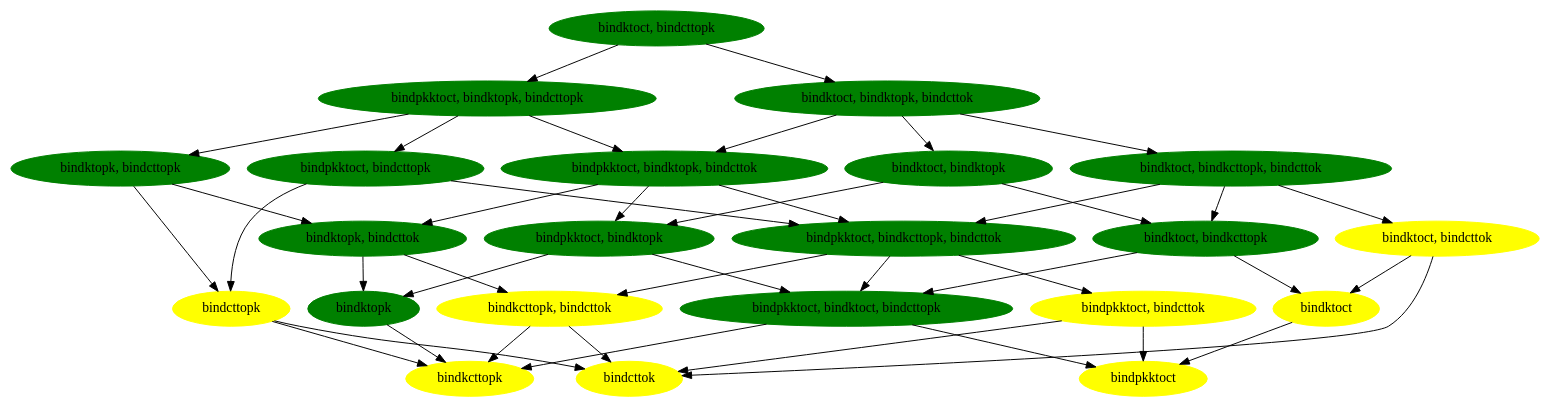
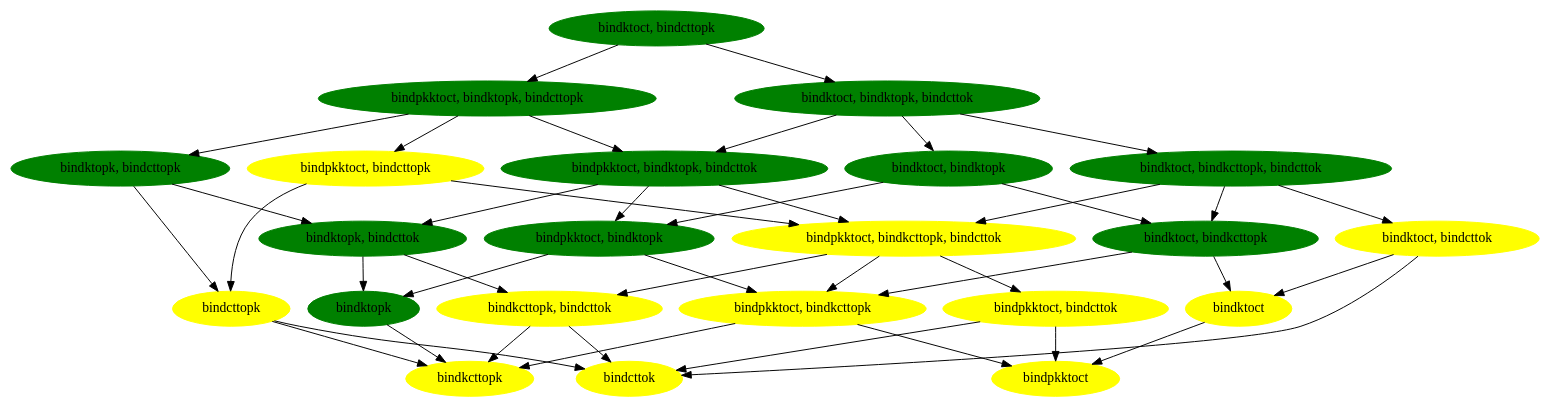
One commit to SymbolicKEMs/CaseStudiesKEM changed the diagram in Kyber/Binding_Implicit_Auth_Resp_HON.gv. Above: the diagram before and after it, drawn with Graphviz. The commit also changed 3 other files, not shown here.

```diff
--- a/Kyber/Binding_Implicit_Auth_Resp_HON.gv
+++ b/Kyber/Binding_Implicit_Auth_Resp_HON.gv
@@ -1,88 +1,88 @@
-// Kyber/Kyber_AKE_EventBased_Model.spthy_Implicit_Key_Authentication_Responder_1713174706.080346
+// Kyber/Kyber_AKE_EventBased_Model.spthy_Implicit_Key_Authentication_Responder_1713772726.236104
 digraph {
 	node [color=green style=filled]
 	"bindktoct, bindcttopk" [label="bindktoct, bindcttopk"]
 	node [color=green style=filled]
 	"bindpkktoct, bindktopk, bindcttopk" [label="bindpkktoct, bindktopk, bindcttopk"]
 	node [color=green style=filled]
 	"bindktoct, bindktopk, bindcttok" [label="bindktoct, bindktopk, bindcttok"]
 	node [color=green style=filled]
 	"bindktopk, bindcttopk" [label="bindktopk, bindcttopk"]
-	node [color=green style=filled]
+	node [color=yellow style=filled]
 	"bindpkktoct, bindcttopk" [label="bindpkktoct, bindcttopk"]
 	node [color=green style=filled]
 	"bindpkktoct, bindktopk, bindcttok" [label="bindpkktoct, bindktopk, bindcttok"]
 	node [color=green style=filled]
 	"bindktoct, bindktopk" [label="bindktoct, bindktopk"]
 	node [color=green style=filled]
 	"bindktoct, bindkcttopk, bindcttok" [label="bindktoct, bindkcttopk, bindcttok"]
 	node [color=yellow style=filled]
 	bindcttopk [label=bindcttopk]
 	node [color=green style=filled]
 	"bindktopk, bindcttok" [label="bindktopk, bindcttok"]
-	node [color=green style=filled]
+	node [color=yellow style=filled]
 	"bindpkktoct, bindkcttopk, bindcttok" [label="bindpkktoct, bindkcttopk, bindcttok"]
 	node [color=green style=filled]
 	"bindpkktoct, bindktopk" [label="bindpkktoct, bindktopk"]
 	node [color=green style=filled]
 	"bindktoct, bindkcttopk" [label="bindktoct, bindkcttopk"]
 	node [color=yellow style=filled]
 	"bindktoct, bindcttok" [label="bindktoct, bindcttok"]
 	node [color=yellow style=filled]
 	"bindkcttopk, bindcttok" [label="bindkcttopk, bindcttok"]
-	node [color=green style=filled]
-	"bindpkktoct, bindktoct, bindcttopk" [label="bindpkktoct, bindktoct, bindcttopk"]
+	node [color=yellow style=filled]
+	"bindpkktoct, bindkcttopk" [label="bindpkktoct, bindkcttopk"]
 	node [color=yellow style=filled]
 	"bindpkktoct, bindcttok" [label="bindpkktoct, bindcttok"]
 	node [color=yellow style=filled]
 	bindktoct [label=bindktoct]
 	node [color=yellow style=filled]
 	bindkcttopk [label=bindkcttopk]
 	node [color=yellow style=filled]
 	bindcttok [label=bindcttok]
 	node [color=green style=filled]
 	bindktopk [label=bindktopk]
 	node [color=yellow style=filled]
 	bindpkktoct [label=bindpkktoct]
 	"bindktoct, bindcttopk" -> "bindpkktoct, bindktopk, bindcttopk"
 	"bindktoct, bindcttopk" -> "bindktoct, bindktopk, bindcttok"
 	"bindpkktoct, bindktopk, bindcttopk" -> "bindktopk, bindcttopk"
 	"bindpkktoct, bindktopk, bindcttopk" -> "bindpkktoct, bindcttopk"
 	"bindpkktoct, bindktopk, bindcttopk" -> "bindpkktoct, bindktopk, bindcttok"
 	"bindktoct, bindktopk, bindcttok" -> "bindpkktoct, bindktopk, bindcttok"
 	"bindktoct, bindktopk, bindcttok" -> "bindktoct, bindktopk"
 	"bindktoct, bindktopk, bindcttok" -> "bindktoct, bindkcttopk, bindcttok"
 	"bindktopk, bindcttopk" -> bindcttopk
 	"bindktopk, bindcttopk" -> "bindktopk, bindcttok"
 	"bindpkktoct, bindcttopk" -> bindcttopk
 	"bindpkktoct, bindcttopk" -> "bindpkktoct, bindkcttopk, bindcttok"
 	"bindpkktoct, bindktopk, bindcttok" -> "bindktopk, bindcttok"
 	"bindpkktoct, bindktopk, bindcttok" -> "bindpkktoct, bindkcttopk, bindcttok"
 	"bindpkktoct, bindktopk, bindcttok" -> "bindpkktoct, bindktopk"
 	"bindktoct, bindktopk" -> "bindpkktoct, bindktopk"
 	"bindktoct, bindktopk" -> "bindktoct, bindkcttopk"
 	"bindktoct, bindkcttopk, bindcttok" -> "bindktoct, bindcttok"
 	"bindktoct, bindkcttopk, bindcttok" -> "bindktoct, bindkcttopk"
 	"bindktoct, bindkcttopk, bindcttok" -> "bindpkktoct, bindkcttopk, bindcttok"
 	bindcttopk -> bindkcttopk
 	bindcttopk -> bindcttok
 	"bindktopk, bindcttok" -> "bindkcttopk, bindcttok"
 	"bindktopk, bindcttok" -> bindktopk
 	"bindpkktoct, bindkcttopk, bindcttok" -> "bindkcttopk, bindcttok"
-	"bindpkktoct, bindkcttopk, bindcttok" -> "bindpkktoct, bindktoct, bindcttopk"
+	"bindpkktoct, bindkcttopk, bindcttok" -> "bindpkktoct, bindkcttopk"
 	"bindpkktoct, bindkcttopk, bindcttok" -> "bindpkktoct, bindcttok"
-	"bindpkktoct, bindktopk" -> "bindpkktoct, bindktoct, bindcttopk"
+	"bindpkktoct, bindktopk" -> "bindpkktoct, bindkcttopk"
 	"bindpkktoct, bindktopk" -> bindktopk
-	"bindktoct, bindkcttopk" -> "bindpkktoct, bindktoct, bindcttopk"
+	"bindktoct, bindkcttopk" -> "bindpkktoct, bindkcttopk"
 	"bindktoct, bindkcttopk" -> bindktoct
 	"bindktoct, bindcttok" -> bindktoct
 	"bindktoct, bindcttok" -> bindcttok
 	"bindkcttopk, bindcttok" -> bindkcttopk
 	"bindkcttopk, bindcttok" -> bindcttok
-	"bindpkktoct, bindktoct, bindcttopk" -> bindkcttopk
-	"bindpkktoct, bindktoct, bindcttopk" -> bindpkktoct
+	"bindpkktoct, bindkcttopk" -> bindkcttopk
+	"bindpkktoct, bindkcttopk" -> bindpkktoct
 	"bindpkktoct, bindcttok" -> bindcttok
 	"bindpkktoct, bindcttok" -> bindpkktoct
 	bindktoct -> bindpkktoct
 	bindktopk -> bindkcttopk
 }
```
